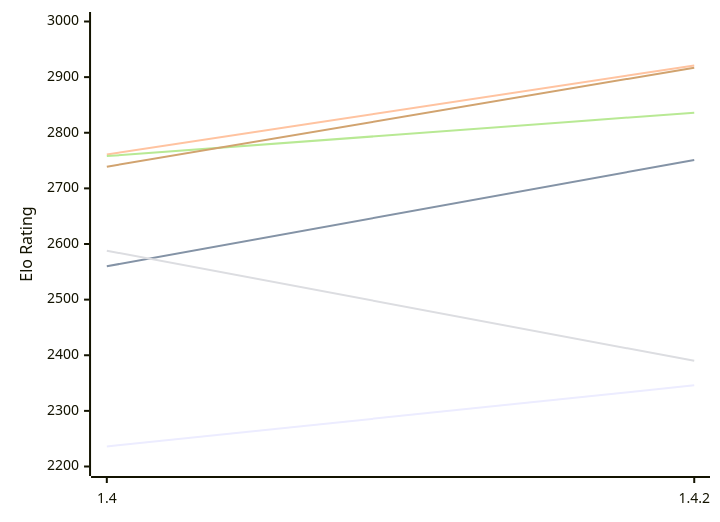
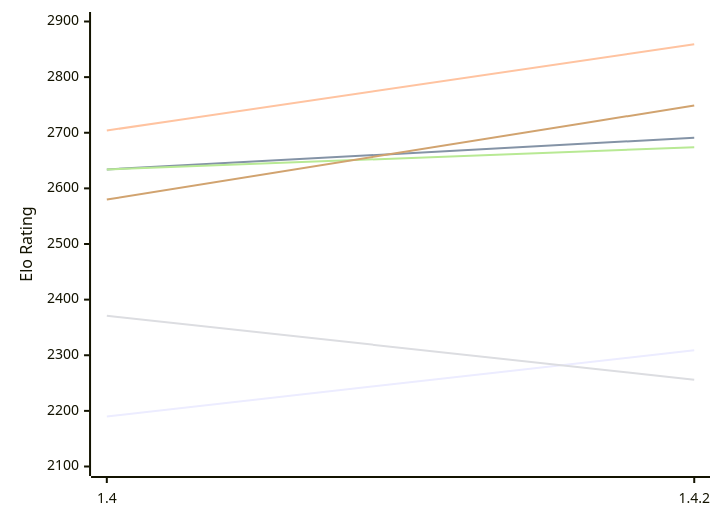
The first of 2 diagrams in engines/Spike.md (computer-chess-index/cci), drawn with Mermaid before and after one commit. The commit also changed other lines of this file, not shown here.

Commit message:
Update CCI Ratings (ELO VLTC) - 2026-11-13

````diff
--- a/engines/Spike.md
+++ b/engines/Spike.md
@@ -50,12 +50,12 @@
 ```mermaid
 %%{init: {"theme":"base","themeVariables":{"seriesColors:['#a3a3a3','#222221','#faa371']}}}%%
 xychart-beta
   x-axis ["1.4", "1.4.2"]
-  y-axis "Elo Rating" 2200 --> 3000
-  line "E1: STC (8.0+0.08s)" [2236, 2346]
-  line "E1: LTC (60.0+0.60s)" [2560, 2751]
-  line "E1: VLTC (2m24s+1.12s)" [2761, 2921]
-  line "P1: STC (8.0+0.08s)" [2588, 2390]
-  line "P1: LTC (60.0+0.60s)" [2758, 2836]
-  line "P1: VLTC (2m24s+1.12s)" [2739, 2917]
+  y-axis "Elo Rating" 2100 --> 2900
+  line "E1: STC (8.0+0.08s)" [2190, 2309]
+  line "E1: LTC (60.0+0.60s)" [2634, 2691]
+  line "E1: VLTC (2m24s+1.12s)" [2704, 2859]
+  line "P1: STC (8.0+0.08s)" [2371, 2256]
+  line "P1: LTC (60.0+0.60s)" [2634, 2674]
+  line "P1: VLTC (2m24s+1.12s)" [2580, 2749]
 ```
````
